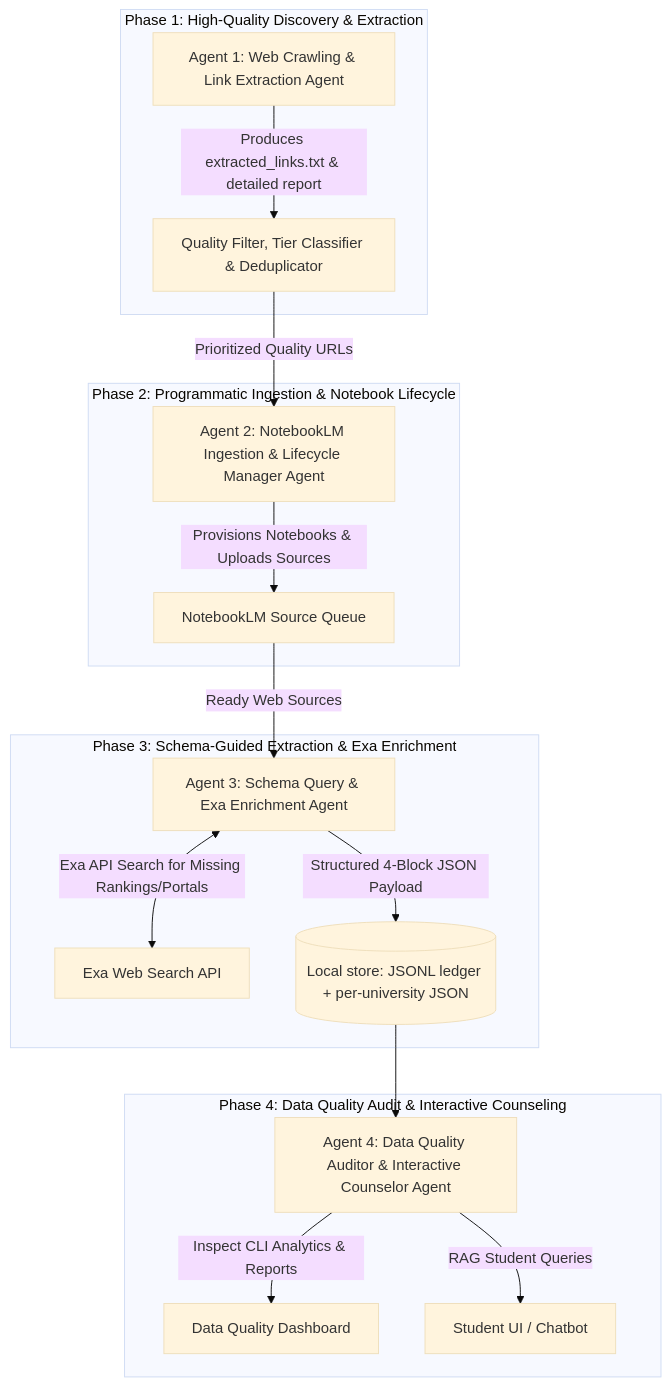
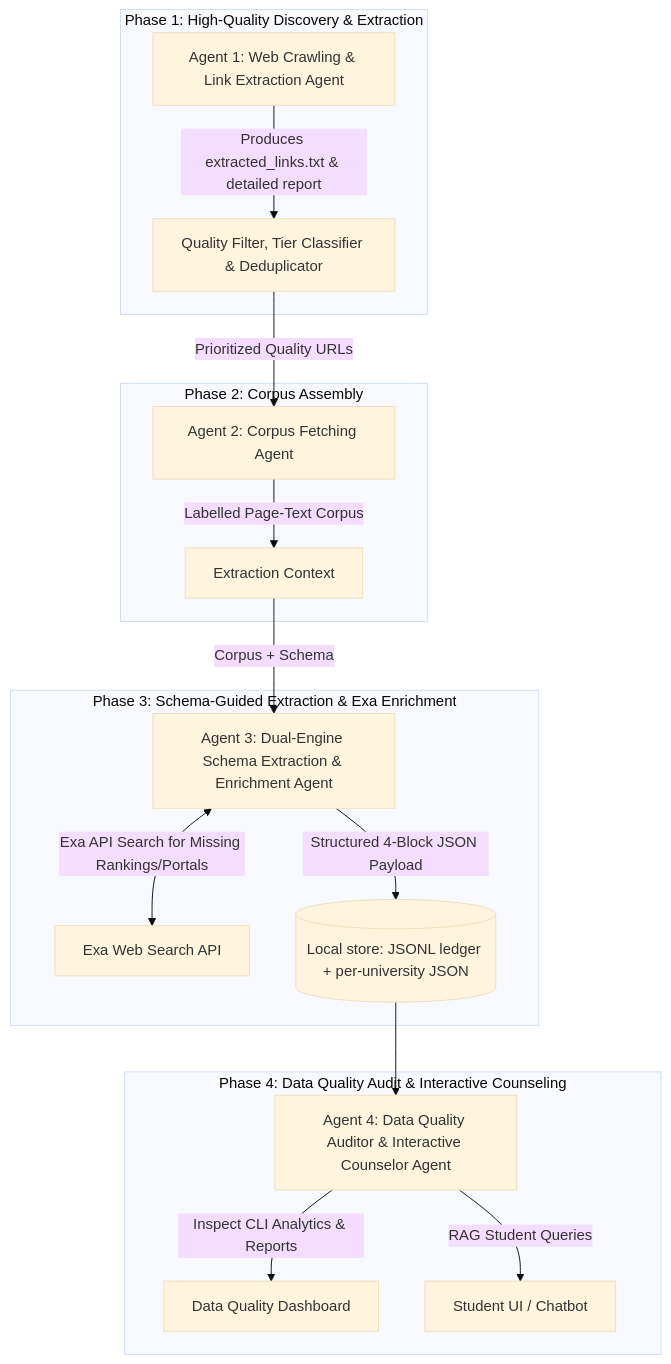
The diagram in AGENTS.md (ProfessorSulphite/unicrawling), drawn with Mermaid (base theme) before and after one commit. The commit also changed other lines of this file and 3 other files, not shown here.

First line of the commit message:
docs: describe the dual direct-extraction architecture

````diff
--- a/AGENTS.md
+++ b/AGENTS.md
@@ -9,23 +9,23 @@
 ```mermaid
 flowchart TD
     subgraph Phase 1: High-Quality Discovery & Extraction
         A[Agent 1: Web Crawling & Link Extraction Agent] -->|Produces extracted_links.txt & detailed report| B[Quality Filter, Tier Classifier & Deduplicator]
     end
 
-    subgraph Phase 2: Programmatic Ingestion & Notebook Lifecycle
-        B -->|Prioritized Quality URLs| C[Agent 2: NotebookLM Ingestion & Lifecycle Manager Agent]
-        C -->|Provisions Notebooks & Uploads Sources| D[NotebookLM Source Queue]
+    subgraph Phase 2: Corpus Assembly
+        B -->|Prioritized Quality URLs| C[Agent 2: Corpus Fetching Agent]
+        C -->|Labelled Page-Text Corpus| D[Extraction Context]
     end
 
     subgraph Phase 3: Schema-Guided Extraction & Exa Enrichment
-        D -->|Ready Web Sources| E[Agent 3: Schema Query & Exa Enrichment Agent]
+        D -->|Corpus + Schema| E[Agent 3: Dual-Engine Schema Extraction & Enrichment Agent]
         E <-->|Exa API Search for Missing Rankings/Portals| F[Exa Web Search API]
         E -->|Structured 4-Block JSON Payload| G[(Local store: JSONL ledger + per-university JSON)]
     end
 
     subgraph Phase 4: Data Quality Audit & Interactive Counseling
         G --> H[Agent 4: Data Quality Auditor & Interactive Counselor Agent]
         H -->|Inspect CLI Analytics & Reports| I[Data Quality Dashboard]
         H -->|RAG Student Queries| J[Student UI / Chatbot]
     end
 ```
````
